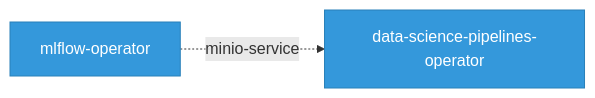
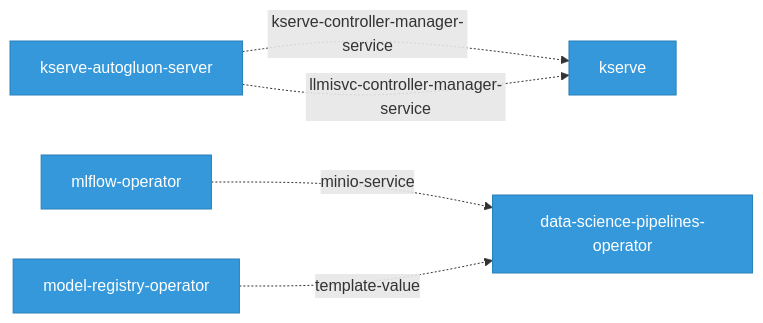
Before and after one commit to ugiordan/rhoai-architecture-analyzer: the diagram in site/docs/odh-platform/network-topology.md, drawn with Mermaid. The commit also changed other lines of this file and 258 other files, not shown here.

````diff
--- a/site/docs/odh-platform/network-topology.md
+++ b/site/docs/odh-platform/network-topology.md
@@ -36,9 +36,15 @@
 ```mermaid
 graph LR
     classDef comp fill:#3498db,stroke:#2980b9,color:#fff
 
     data_science_pipelines_operator["data-science-pipelines-operator"]:::comp
+    kserve["kserve"]:::comp
+    kserve_autogluon_server["kserve-autogluon-server"]:::comp
     mlflow_operator["mlflow-operator"]:::comp
+    model_registry_operator["model-registry-operator"]:::comp
 
     mlflow_operator -.->|"minio-service"| data_science_pipelines_operator
+    model_registry_operator -.->|"template-value"| data_science_pipelines_operator
+    kserve_autogluon_server -.->|"kserve-controller-manager-service"| kserve
+    kserve_autogluon_server -.->|"llmisvc-controller-manager-service"| kserve
 ```
````
